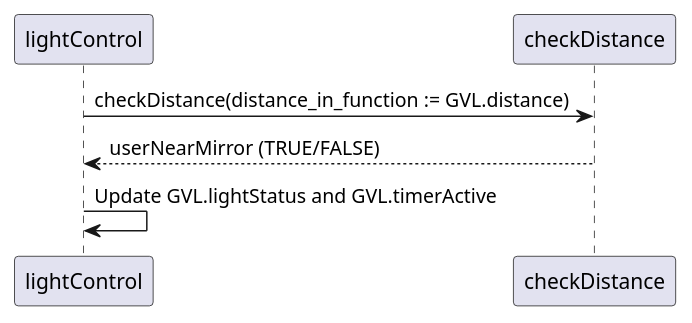
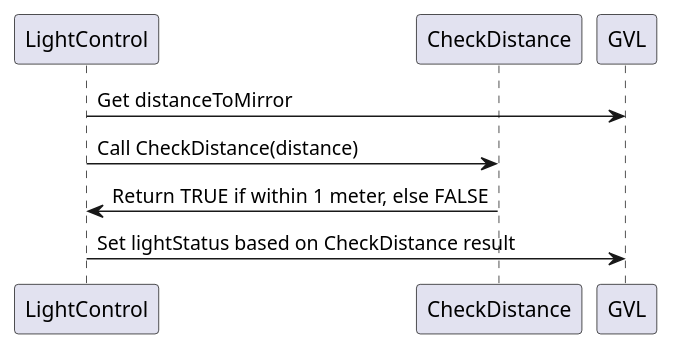
One commit to xinhailing/Individual_Sequence_Diagram_Yaya changed the diagram in src/chapter_4.md. Above: the diagram before and after it, drawn with PlantUML. The commit also changed 7 other files, not shown here.

Commit message:
Adding the sequence of events for lightControl Task. To explain

````diff
--- a/src/chapter_4.md
+++ b/src/chapter_4.md
@@ -2,14 +2,15 @@
 ```plantuml
 @startuml
-participant lightControl
-participant checkDistance
+participant LightControl
+participant CheckDistance
+participant GVL
 
-lightControl -> checkDistance : checkDistance(distance_in_function := GVL.distance)
-checkDistance --> lightControl : userNearMirror (TRUE/FALSE)
+LightControl -> GVL: Get distanceToMirror
+LightControl -> CheckDistance: Call CheckDistance(distance)
+CheckDistance -> LightControl: Return TRUE if within 1 meter, else FALSE
 
-lightControl -> lightControl : Update GVL.lightStatus and GVL.timerActive
-
+LightControl -> GVL: Set lightStatus based on CheckDistance result
 @enduml
 
 
 ```
````
